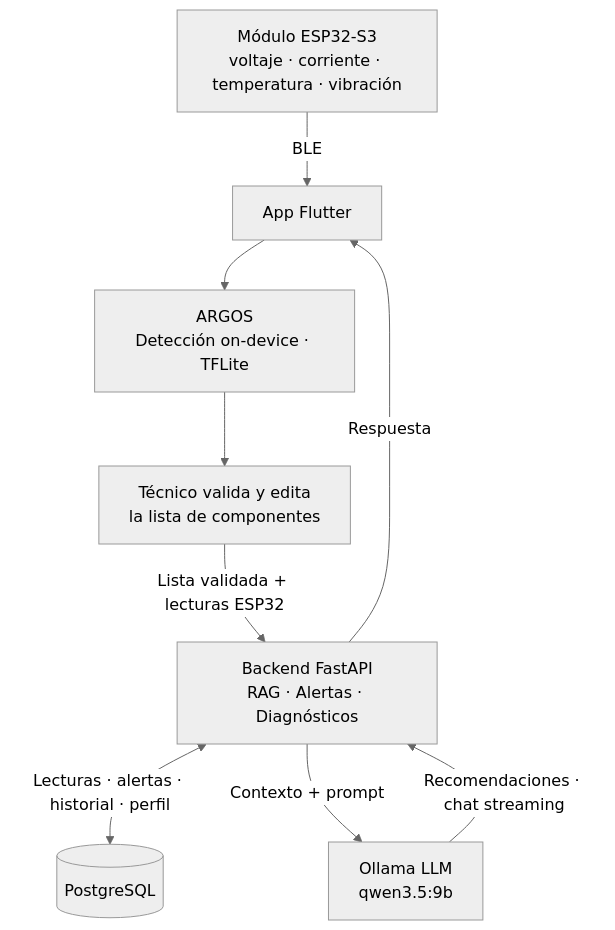
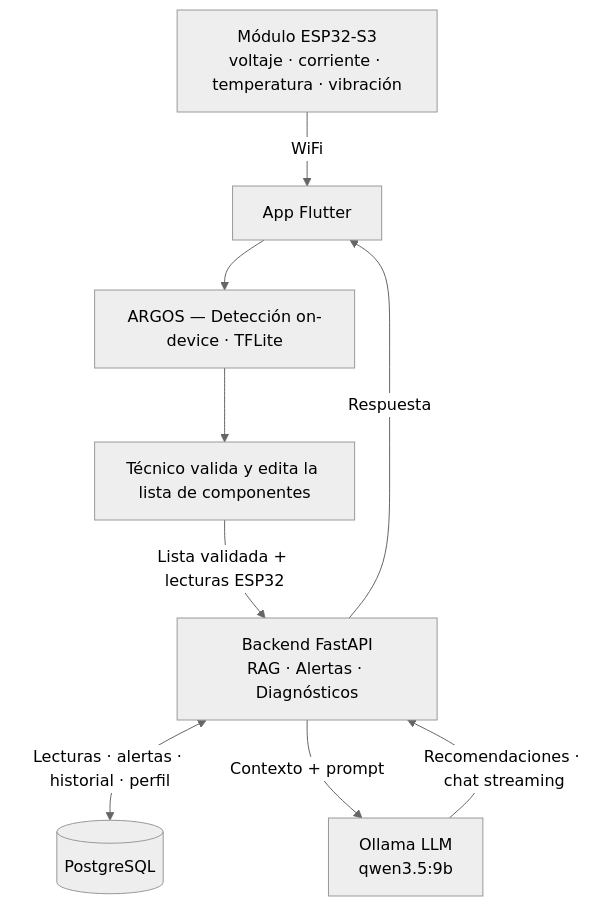
The diagram in README.md (DiegoAragon13/InnovaV1), drawn with Mermaid (neutral theme) before and after one commit. The commit also changed other lines of this file and 3 other files, not shown here.

Commit message:
docs: fix diagrama mermaid, contexto ARGOS, WiFi en lugar de BLE, baseline automatico

````diff
--- a/README.md
+++ b/README.md
@@ -29,19 +29,19 @@
 ```mermaid
 flowchart TD
     ESP[Módulo ESP32-S3\nvoltaje · corriente · temperatura · vibración]
     APP[App Flutter]
-    ARGOS[ARGOS\nDetección on-device · TFLite]
-    TECNICO[Técnico valida y edita\nla lista de componentes]
+    ARGOS[ARGOS — Detección on-device · TFLite]
+    TECNICO[Técnico valida y edita la lista de componentes]
     BACKEND[Backend FastAPI\nRAG · Alertas · Diagnósticos]
     DB[(PostgreSQL)]
     LLM[Ollama LLM\nqwen3.5:9b]
 
-    ESP -->|BLE| APP
+    ESP -->|WiFi| APP
     APP --> ARGOS
     ARGOS --> TECNICO
     TECNICO -->|Lista validada + lecturas ESP32| BACKEND
     BACKEND <-->|Lecturas · alertas · historial · perfil| DB
     BACKEND -->|Contexto + prompt| LLM
     LLM -->|Recomendaciones · chat streaming| BACKEND
     BACKEND -->|Respuesta| APP
 ```
````
